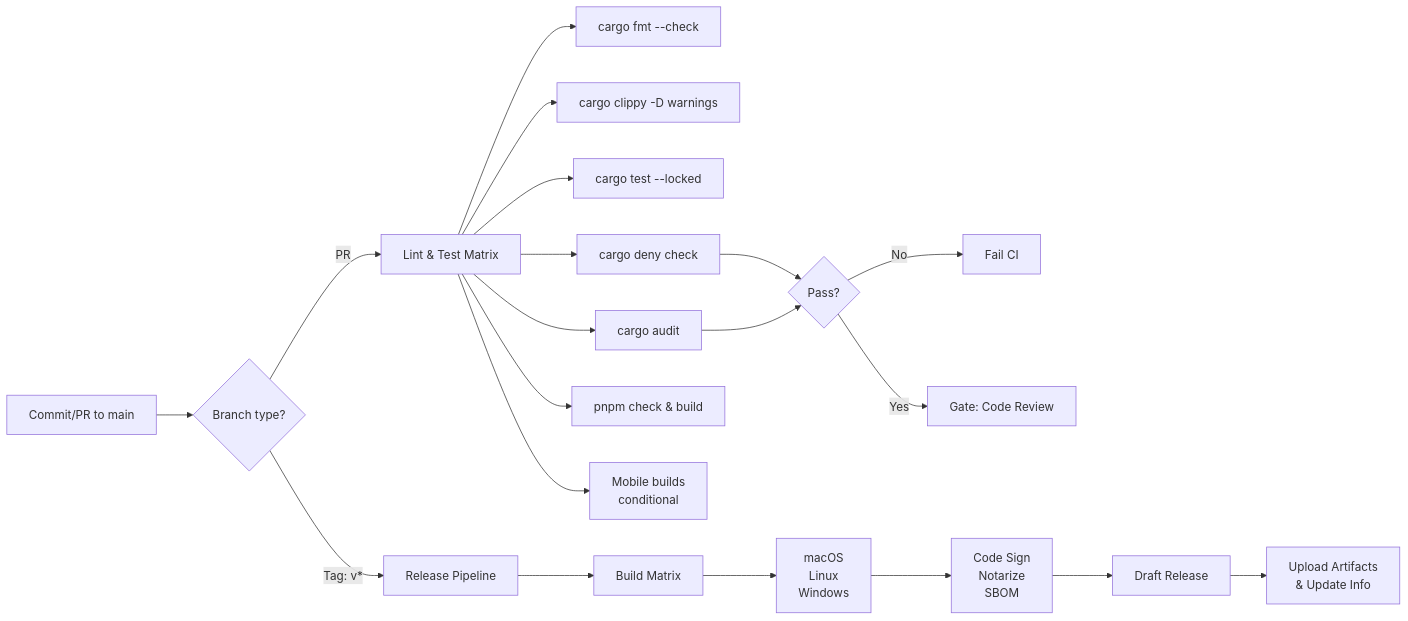
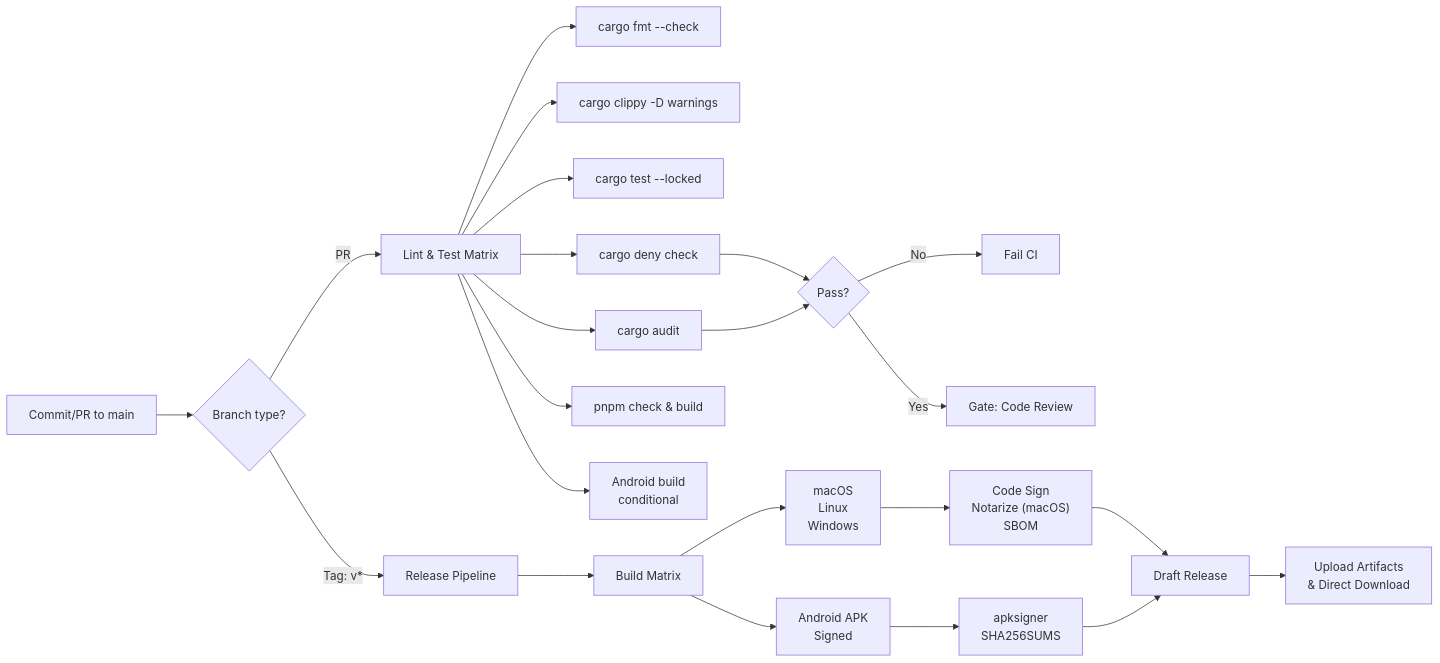
One commit to centopw/alloy changed the diagram in docs/CI.md. Above: the diagram before and after it, drawn with Mermaid. The commit also changed other lines of this file and 5 other files, not shown here.

Commit message:
ci: drop ios jobs and add signed android apk release

````diff
--- a/docs/CI.md
+++ b/docs/CI.md
@@ -14,26 +15,29 @@
 ```mermaid
 graph LR
     A["Commit/PR to main"] --> B{"Branch type?"}
     B -->|PR| C["Lint & Test Matrix"]
     B -->|Tag: v*| D["Release Pipeline"]
 
     C --> E["cargo fmt --check"]
     C --> F["cargo clippy -D warnings"]
     C --> G["cargo test --locked"]
     C --> H["cargo deny check"]
     C --> I["cargo audit"]
     C --> J["pnpm check & build"]
-    C --> K["Mobile builds<br/>conditional"]
+    C --> K["Android build<br/>conditional"]
 
     H --> L{"Pass?"}
     I --> L
     L -->|No| M["Fail CI"]
     L -->|Yes| N["Gate: Code Review"]
 
     D --> O["Build Matrix"]
     O --> P["macOS<br/>Linux<br/>Windows"]
+    O --> P2["Android APK<br/>Signed"]
 
-    P --> Q["Code Sign<br/>Notarize<br/>SBOM"]
+    P --> Q["Code Sign<br/>Notarize (macOS)<br/>SBOM"]
+    P2 --> Q2["apksigner<br/>SHA256SUMS"]
     Q --> R["Draft Release"]
-    R --> S["Upload Artifacts<br/>& Update Info"]
+    Q2 --> R
+    R --> S["Upload Artifacts<br/>& Direct Download"]
 ```
````
